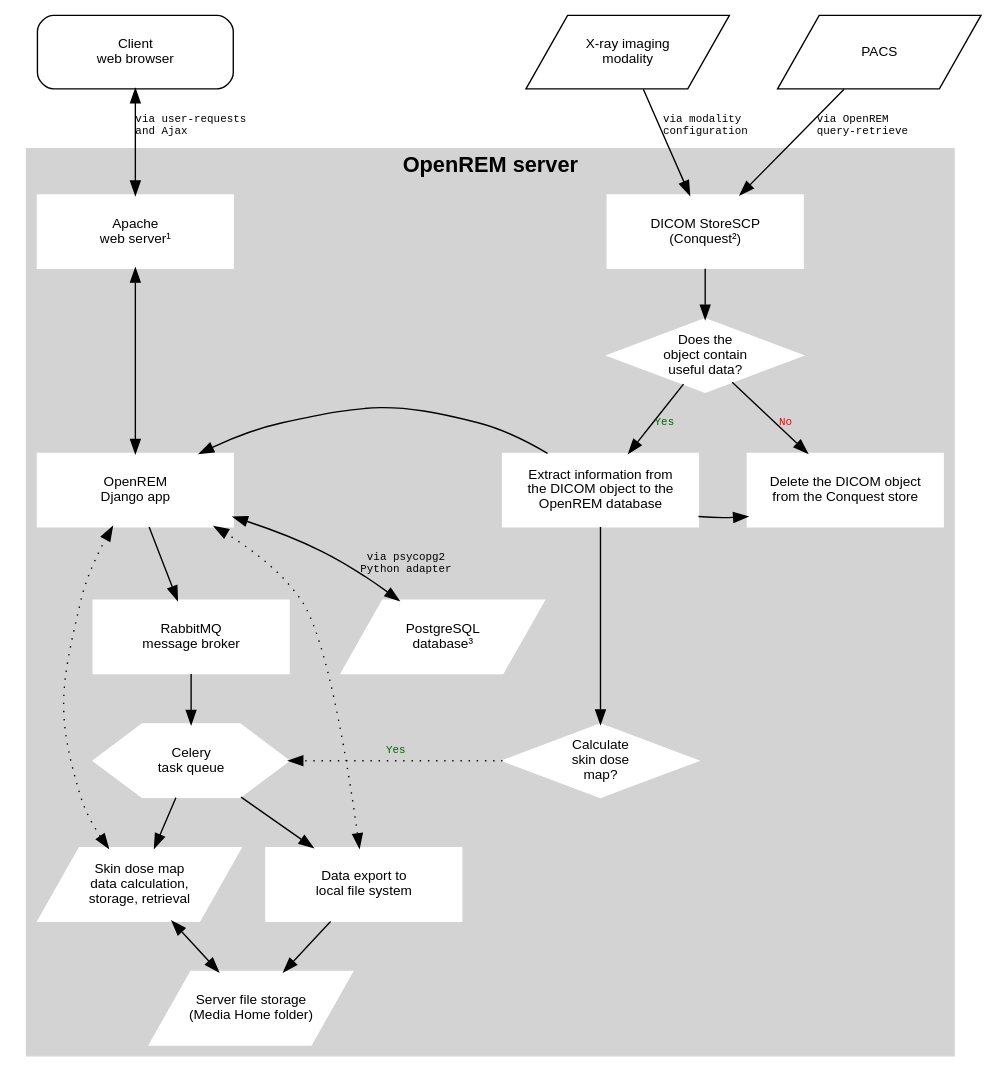
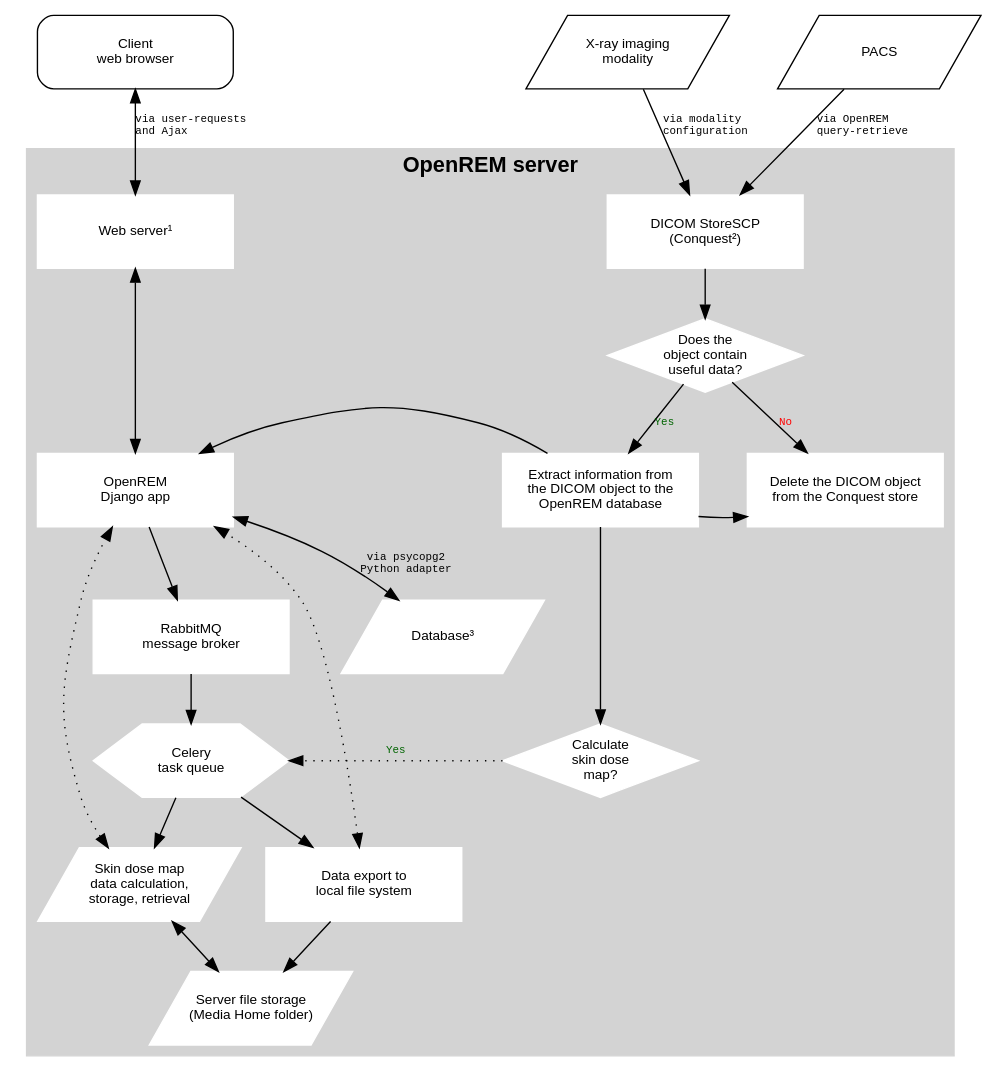
Before and after one commit to ckswilliams/modOpenREM: the diagram in docs/systemdiagram.rst, drawn with Graphviz. The commit also changed other lines of this file and 1 other file, not shown here.

Commit message:
Updated system diagram in the documents to reflect new recommendations on web servers. Also amended database text. References issue #448, issue #592 and issue #596

```diff
--- a/docs/systemdiagram.rst
+++ b/docs/systemdiagram.rst
@@ -4,77 +4,77 @@
 .. graphviz::
 
    digraph {
       node [fixedsize=true width=2.0 height=0.75 fontsize=10 margin="0.0,0.0"];
 
       // Define the things on the server
       subgraph cluster_server {
 
          label="OpenREM server";
          tooltip="The server";
          fontname="Helvetica-bold";
          fontsize=16;
          style=filled;
          color=lightgrey;
          node [style=filled color=white];
 
          // Define the nodes for the data storage, display and retrieval
-         webserver [label="Apache\nweb server&sup1;" fontname="Helvetica" tooltip="Serve web pages to the user" shape="box"];
+         webserver [label="Web server&sup1;" fontname="Helvetica" tooltip="Serve web pages to the user" shape="box"];
          python_django [label="OpenREM\nDjango app" fontname="Helvetica" tooltip="Python web framework" shape="box"];
-         database [label="PostgreSQL\ndatabase&sup3;" fontname="Helvetica" tooltip="Relational database management system" shape="parallelogram"];
+         database [label="Database&sup3;" fontname="Helvetica" tooltip="Relational database management system" shape="parallelogram"];
          rabbitmq [label="RabbitMQ\nmessage broker" fontname="Helvetica" tooltip="Message broker" shape="box"];
          celery [label="Celery\ntask queue" fontname="Helvetica" tooltip="Asynchronous task queue" shape="hexagon"];
          skin_dose_map_data [label="Skin dose map\ndata calculation,\nstorage, retrieval" fontname="Helvetica" tooltip="Calculate, store and retrieve skin dose map data" shape="parallelogram"];
          server_media_folder [label="Server file storage\n(Media Home folder)" fontname="Helvetica" tooltip="File storage on the server" shape="parallelogram"];
          data_export [label="Data export to\nlocal file system" fontname="Helvetica" tooltip="Files are made available to the user via a web page URL" shape="box"];
 
          // Define the links between the data storage, display and retrieval
          webserver -> python_django [dir=both];
          python_django -> database [dir=both label="via psycopg2\nPython adapter" fontsize=8 fontname="Courier"];
          python_django -> rabbitmq;
          rabbitmq -> celery;
          celery -> skin_dose_map_data;
          celery -> data_export;
          skin_dose_map_data -> server_media_folder [dir=both];
          skin_dose_map_data -> python_django [style=dotted dir=both];
          data_export -> server_media_folder;
          data_export -> python_django [style=dotted dir=both];
 
          // Define the nodes for the DICOM store, database population and skin dose map calculation
          conquest [label="DICOM StoreSCP\n(Conquest&sup2;)" fontname="Helvetica" tooltip="Conquest, acting as a DICOM storage SCP" shape="box"];
          conquest_script [shape=diamond label="Does the\nobject contain\nuseful data?" fontname="Helvetica" tooltip="Process the rules in dicom.ini"];
          populate_database [label="Extract information from\nthe DICOM object to the\nOpenREM database" fontname="Helvetica", tooltip="Extract data using OpenREM's python scripts" shape="box"];
          delete_object [label="Delete the DICOM object\nfrom the Conquest store" fontname="Helvetica" tooltip="Delete the DICOM object from the local store SCP" shape="box"];
          calc_skin_dose_map [shape=diamond label="Calculate\nskin dose\nmap?" fontname="Helvetica" tooltip="Calculate the skin dose map?"];
          blank_node_1 [shape=none style=invisible];
 
          // Define the links between the DICOM store, database population and skin dose map calculation
          conquest_script -> populate_database [label="Yes" fontcolor=darkgreen fontsize=8 fontname="Courier"];
          populate_database -> delete_object;
          conquest_script -> delete_object [label="No" fontcolor=red fontsize=8 fontname="Courier"];
          conquest -> conquest_script;
          populate_database -> calc_skin_dose_map;
 
          // Define the links between the two groups
          python_django -> populate_database [dir=back]
          calc_skin_dose_map -> celery [style=dotted label="Yes" fontcolor=darkgreen fontsize=8 fontname="Courier"]
 
          // Force certain nodes to be on the same level so that the diagram looks good (hopefully)
          {rank=same; webserver conquest};
          {rank=same; celery calc_skin_dose_map };
          {rank=same; python_django->blank_node_1->delete_object->populate_database [style=invis]; rankdir=LR;}
       }
 
       // Define the web browser, modality and pacs nodes
       web_browser [label="Client\nweb browser" fontname="Helvetica" tooltip="The user's web browser" shape="box" style=rounded];
       modality [label="X-ray imaging\nmodality" fontname="Helvetica" tooltip="Data send from an x-ray imaging modality" shape="parallelogram"];
       pacs [label="PACS" fontname="Helvetica" tooltip="A Picture Archiving and Communication System" shape="parallelogram"];
       blank_node_2 [label="" shape=none];
 
       // Define the links that the browser, modality and pacs have
       web_browser -> webserver [dir=both label="via user-requests\land Ajax\l" fontsize=8 fontname="Courier" tooltip="Ajax used to retrieve chart data"];
       modality -> conquest [label="via modality\lconfiguration\l" fontsize=8 fontname="Courier"];
       pacs -> conquest [label="via OpenREM\lquery-retrieve\l" fontsize=8 fontname="Courier"];
 
       // Force the web browser, blank node, modality and pacs to be on the same level in a specific order
       {rank=same; web_browser->blank_node_2->modality->pacs [style=invis]; rankdir=LR;};
    }
```
